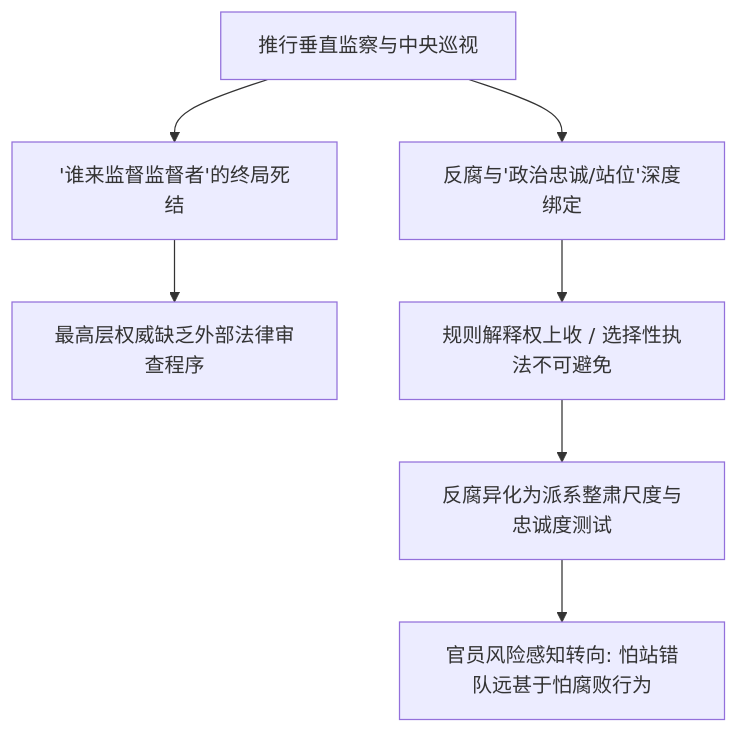
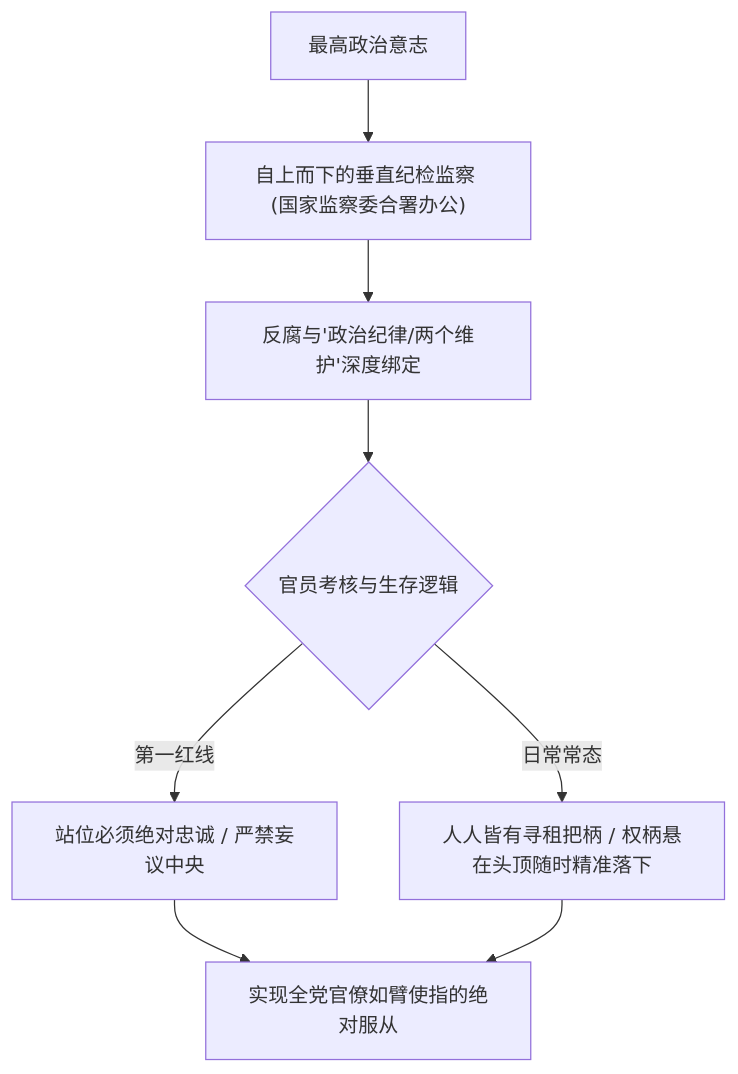
One commit to Terry-/glog changed the first of 2 diagrams in src/content/blog/The Institutional Dilemma of Anti Corruption and Bureaucracy 2026-10-25.md. Above: the diagram before and after it, drawn with Mermaid. The commit also changed other lines of this file and 5 other files, not shown here.

````diff
--- a/src/content/blog/The Institutional Dilemma of Anti Corruption and Bureaucracy 2026-10-25.md
+++ b/src/content/blog/The Institutional Dilemma of Anti Corruption and Bureaucracy 2026-10-25.md
@@ -71,9 +24,9 @@
 ```mermaid
 flowchart TD
-    A["推行垂直监察与中央巡视"] --> B["'谁来监督监督者'的终局死结"]
-    B --> C["最高层权威缺乏外部法律审查程序"]
-    A --> D["反腐与'政治忠诚/站位'深度绑定"]
-    D --> E["规则解释权上收 / 选择性执法不可避免"]
-    E --> F["反腐异化为派系整肃尺度与忠诚度测试"]
-    F --> G["官员风险感知转向: 怕站错队远甚于怕腐败行为"]
+    A["最高政治意志"] --> B["自上而下的垂直纪检监察 (国家监察委合署办公)"]
+    B --> C["反腐与'政治纪律/两个维护'深度绑定"]
+    C --> D{"官员考核与生存逻辑"}
+    D -->|第一红线| E["站位必须绝对忠诚 / 严禁妄议中央"]
+    D -->|日常常态| F["人人皆有寻租把柄 / 权柄悬在头顶随时精准落下"]
+    E & F --> G["实现全党官僚如臂使指的绝对服从"]
 ```
````
